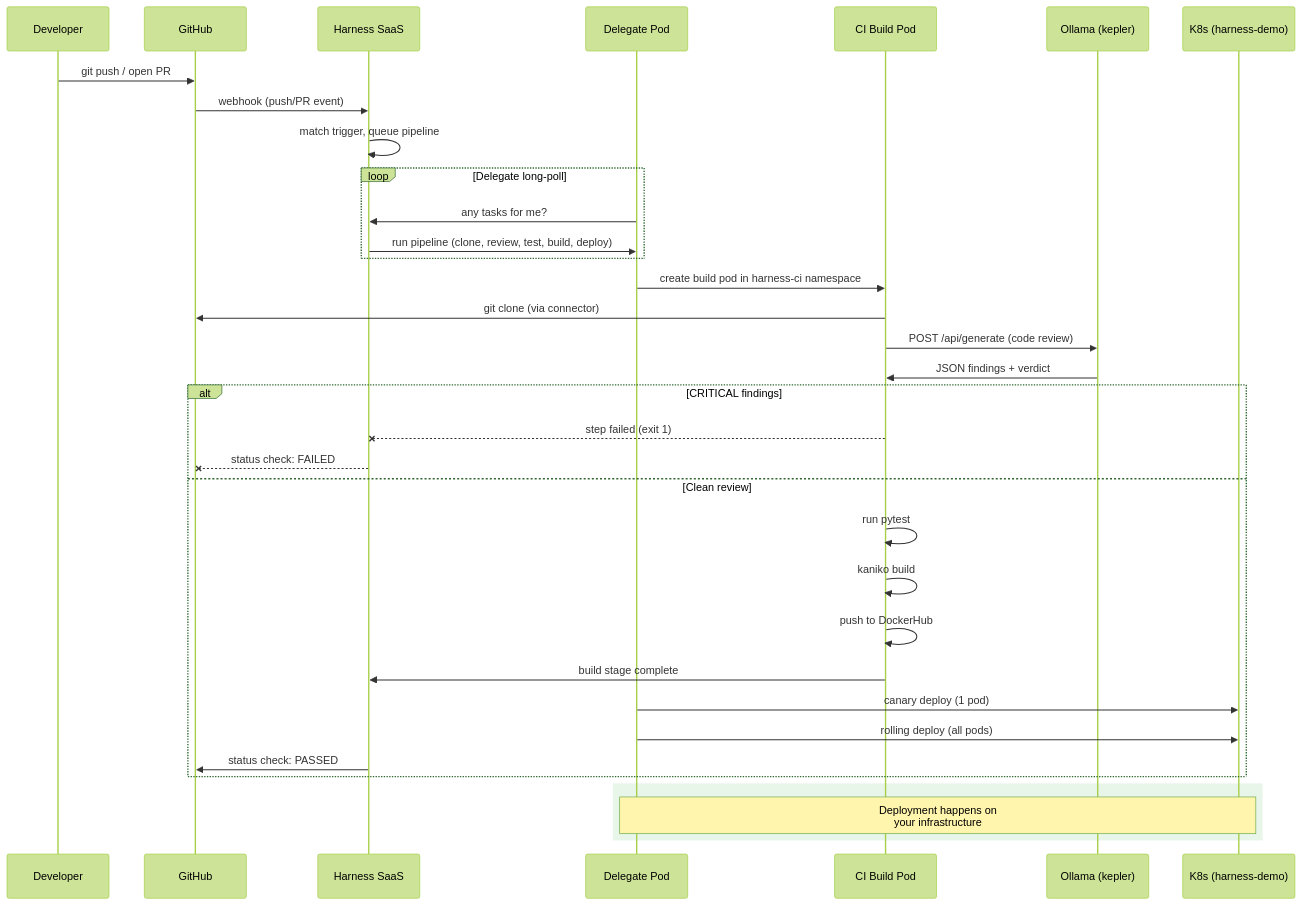
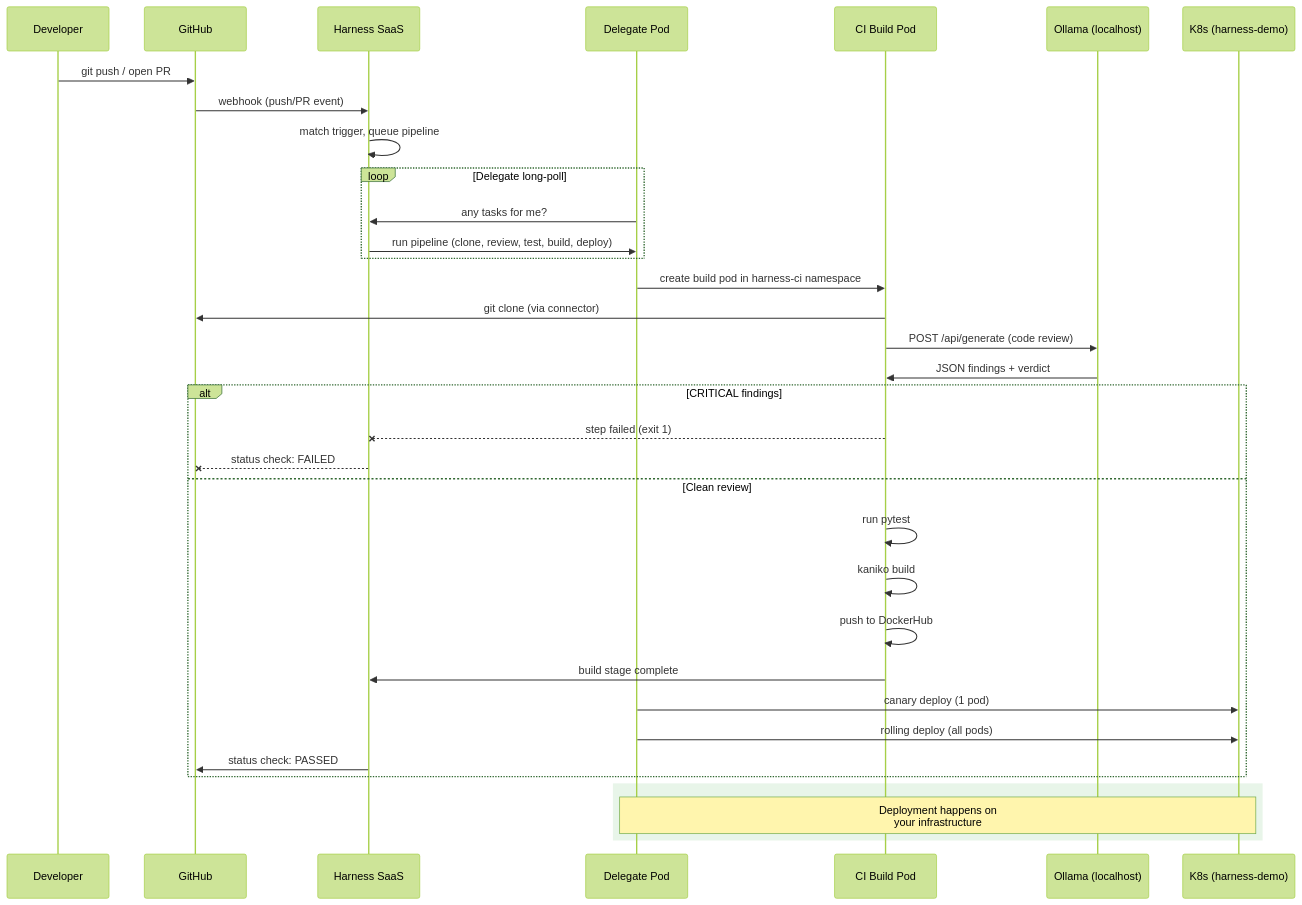
The second of 4 diagrams in docs/ARCHITECTURE.md (scarolan/harness-demo), drawn with Mermaid (forest theme) before and after one commit. The commit also changed other lines of this file and 5 other files, not shown here.

First line of the commit message:
Standardize on Rancher Desktop and localhost Ollama

````diff
--- a/docs/ARCHITECTURE.md
+++ b/docs/ARCHITECTURE.md
@@ -54,42 +54,42 @@
 ```mermaid
 sequenceDiagram
     participant Dev as Developer
     participant GH as GitHub
     participant HS as Harness SaaS
     participant DG as Delegate Pod
     participant CI as CI Build Pod
-    participant OL as Ollama (kepler)
+    participant OL as Ollama (localhost)
     participant K8 as K8s (harness-demo)
 
     Dev->>GH: git push / open PR
     GH->>HS: webhook (push/PR event)
     HS->>HS: match trigger, queue pipeline
 
     loop Delegate long-poll
         DG->>HS: any tasks for me?
         HS->>DG: run pipeline (clone, review, test, build, deploy)
     end
 
     DG->>CI: create build pod in harness-ci namespace
 
     CI->>GH: git clone (via connector)
     CI->>OL: POST /api/generate (code review)
     OL->>CI: JSON findings + verdict
 
     alt CRITICAL findings
         CI--xHS: step failed (exit 1)
         HS--xGH: status check: FAILED
     else Clean review
         CI->>CI: run pytest
         CI->>CI: kaniko build
         CI->>CI: push to DockerHub
         CI->>HS: build stage complete
         DG->>K8: canary deploy (1 pod)
         DG->>K8: rolling deploy (all pods)
         HS->>GH: status check: PASSED
     end
 
     rect rgb(232, 245, 233)
         Note over DG,K8: Deployment happens on<br/>your infrastructure
     end
 ```
````
